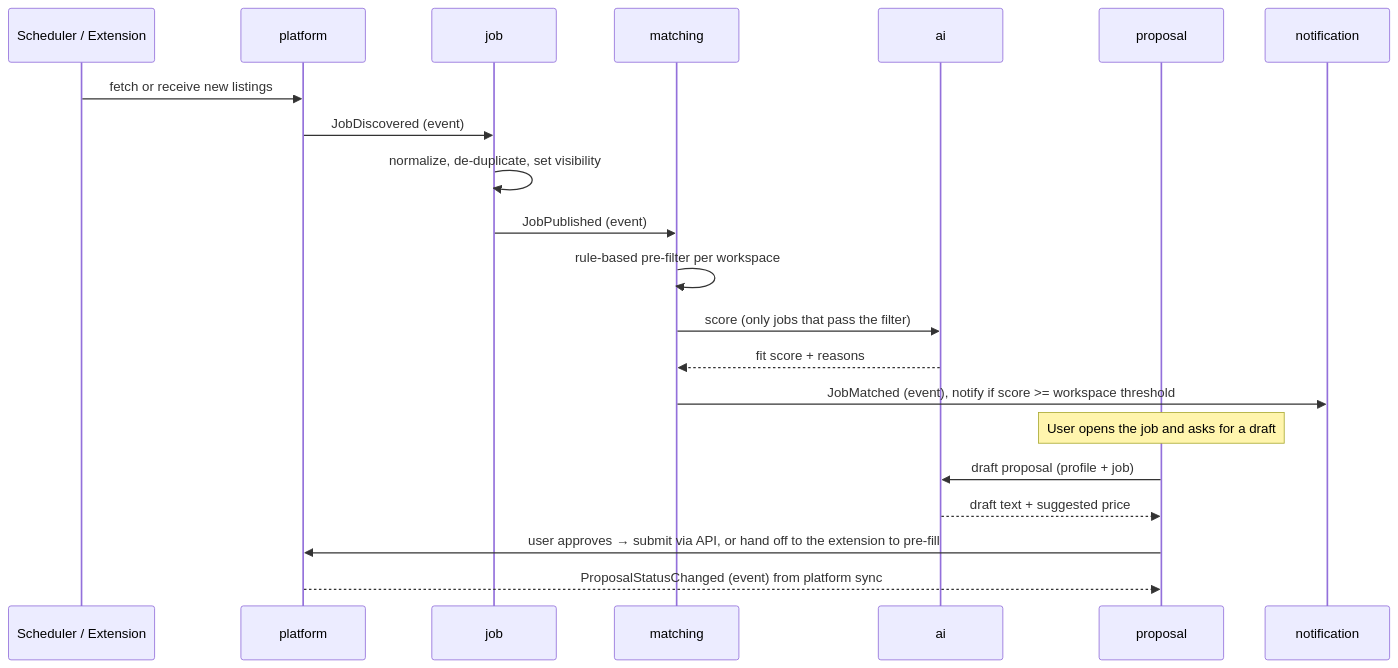
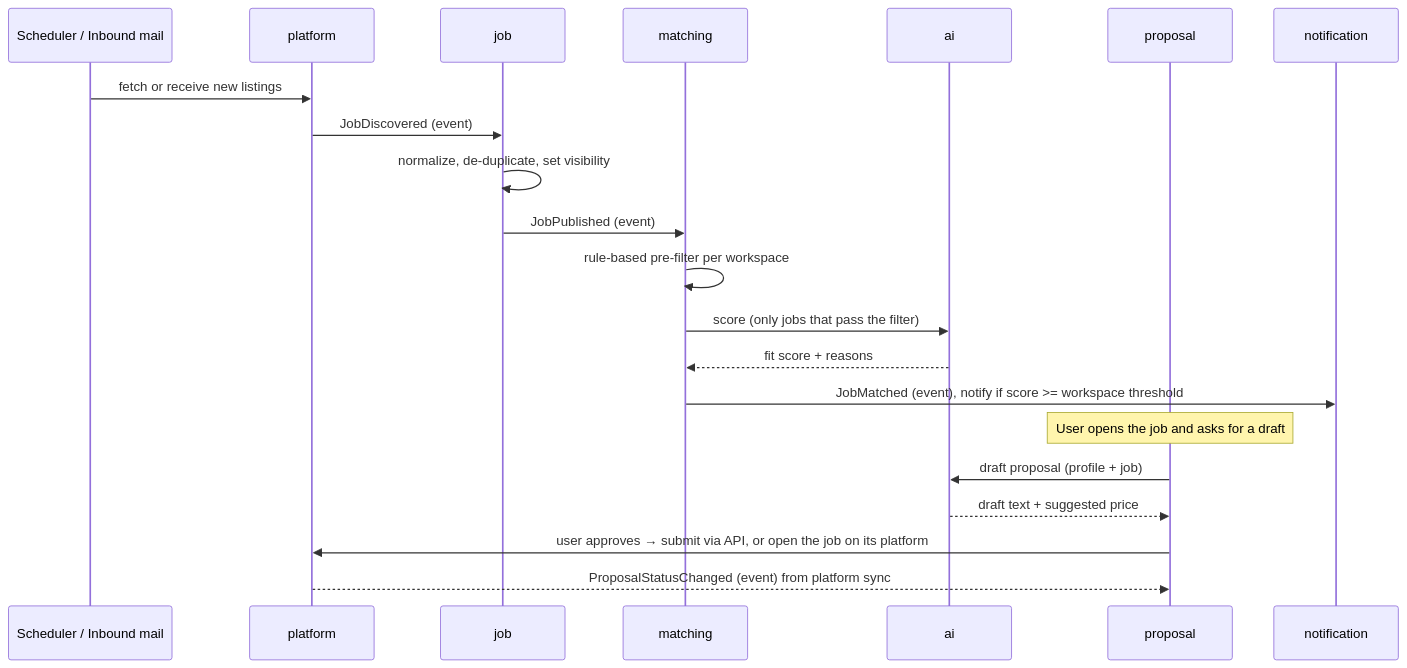
Before and after one commit to fcomoglu/freelance-command-center: the second of 2 diagrams in docs/architecture.md, drawn with Mermaid. The commit also changed other lines of this file and 29 other files, not shown here.

First line of the commit message:
feat(api): receive forwarded platform e-mails in a workspace inbox

````diff
--- a/docs/architecture.md
+++ b/docs/architecture.md
@@ -177,24 +190,24 @@
 ```mermaid
 sequenceDiagram
-    participant S as Scheduler / Extension
+    participant S as Scheduler / Inbound mail
     participant P as platform
     participant J as job
     participant M as matching
     participant A as ai
     participant R as proposal
     participant N as notification
 
     S->>P: fetch or receive new listings
     P->>J: JobDiscovered (event)
     J->>J: normalize, de-duplicate, set visibility
     J->>M: JobPublished (event)
     M->>M: rule-based pre-filter per workspace
     M->>A: score (only jobs that pass the filter)
     A-->>M: fit score + reasons
     M->>N: JobMatched (event), notify if score >= workspace threshold
     Note over R: User opens the job and asks for a draft
     R->>A: draft proposal (profile + job)
     A-->>R: draft text + suggested price
-    R->>P: user approves → submit via API, or hand off to the extension to pre-fill
+    R->>P: user approves → submit via API, or open the job on its platform
     P-->>R: ProposalStatusChanged (event) from platform sync
 ```
````
